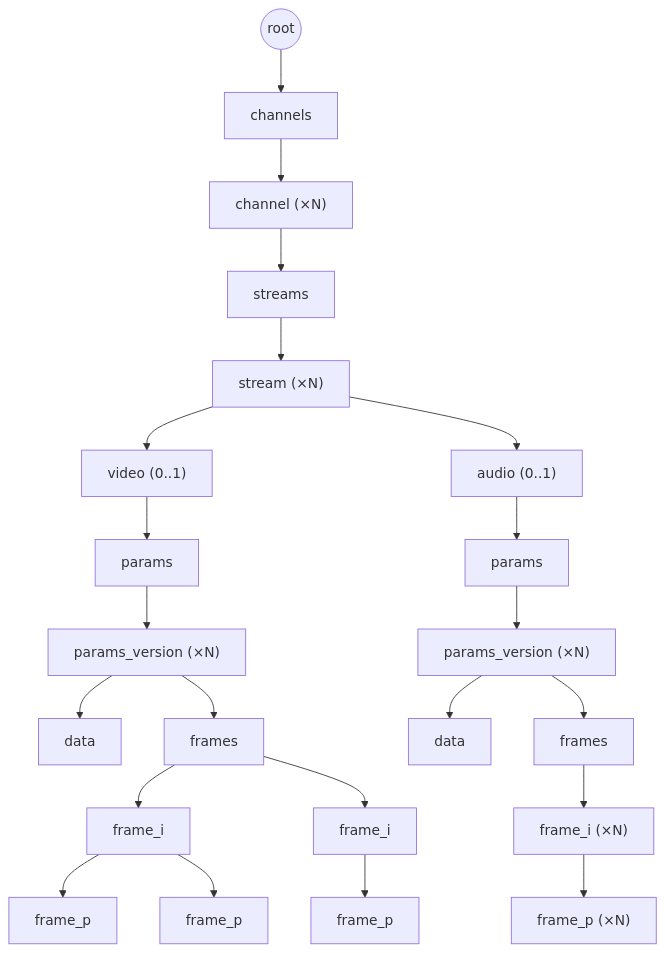
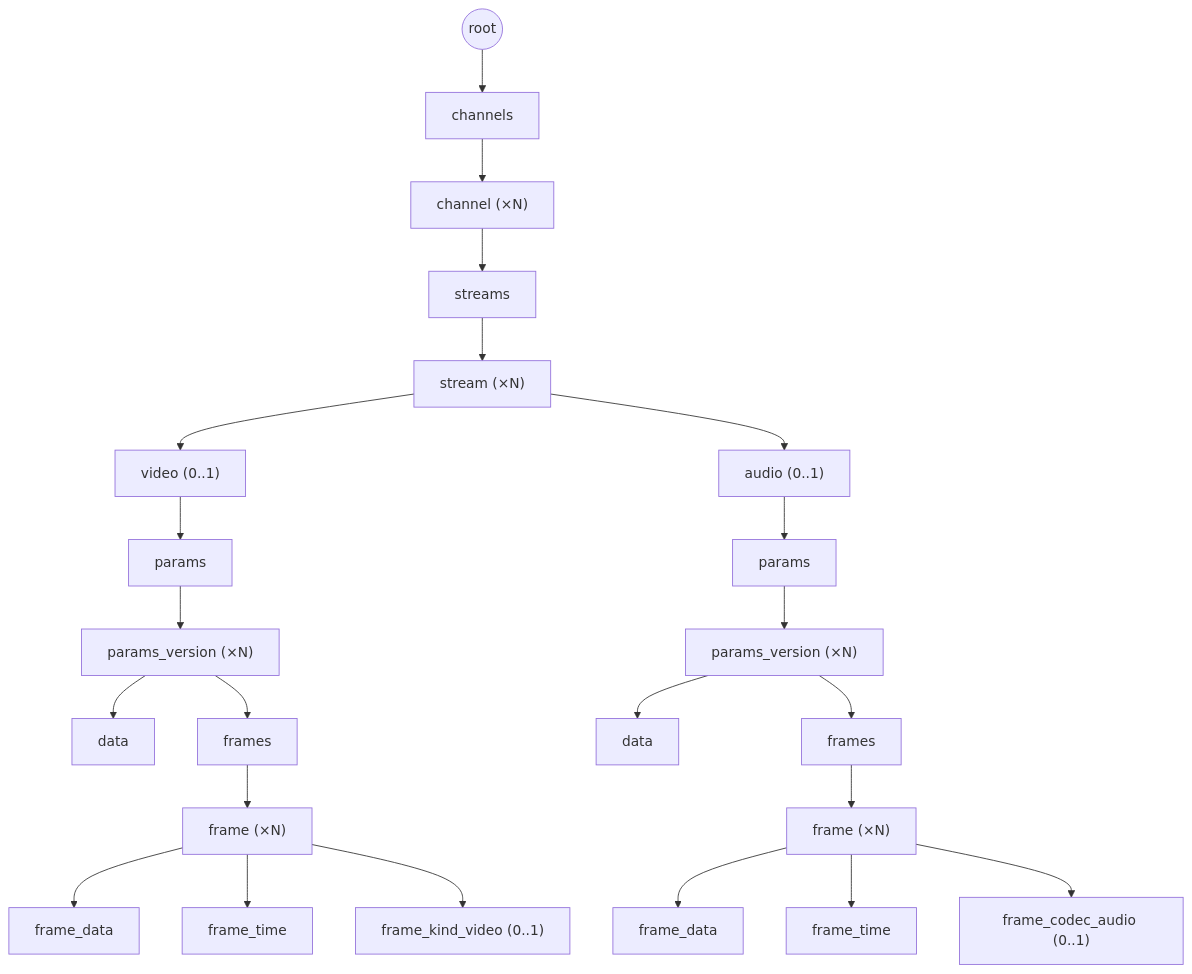
Before and after one commit to traycers/farc: the diagram in docs/docs/archive/07-media-tree.md, drawn with Mermaid. The commit also changed other lines of this file and 1 other file, not shown here.

````diff
--- a/docs/docs/archive/07-media-tree.md
+++ b/docs/docs/archive/07-media-tree.md
@@ -32,43 +34,48 @@
 ```mermaid
 flowchart TD
     root(("root"))
     channels["channels"]
     channel["channel (×N)"]
     streams["streams"]
     stream["stream (×N)"]
     video["video (0..1)"]
     audio["audio (0..1)"]
 
     vparams["params"]
     vver["params_version (×N)"]
     vdata["data"]
     vframes["frames"]
-    vI1["frame_i"]
-    vP1["frame_p"]
-    vP2["frame_p"]
-    vI2["frame_i"]
-    vP3["frame_p"]
+    vframe["frame (×N)"]
+    vfdata["frame_data"]
+    vftime["frame_time"]
+    vfkind["frame_kind_video (0..1)"]
 
     aparams["params"]
     aver["params_version (×N)"]
     adata["data"]
     aframes["frames"]
-    aI["frame_i (×N)"]
-    aP["frame_p (×N)"]
+    aframe["frame (×N)"]
+    afdata["frame_data"]
+    aftime["frame_time"]
+    afcodec["frame_codec_audio (0..1)"]
 
     root --> channels --> channel --> streams --> stream
     stream --> video
     stream --> audio
 
     video --> vparams --> vver
     vver --> vdata
     vver --> vframes
-    vframes --> vI1 --> vP1
-    vI1 --> vP2
-    vframes --> vI2 --> vP3
+    vframes --> vframe
+    vframe --> vfdata
+    vframe --> vftime
+    vframe --> vfkind
 
     audio --> aparams --> aver
     aver --> adata
     aver --> aframes
-    aframes --> aI --> aP
+    aframes --> aframe
+    aframe --> afdata
+    aframe --> aftime
+    aframe --> afcodec
 ```
````
